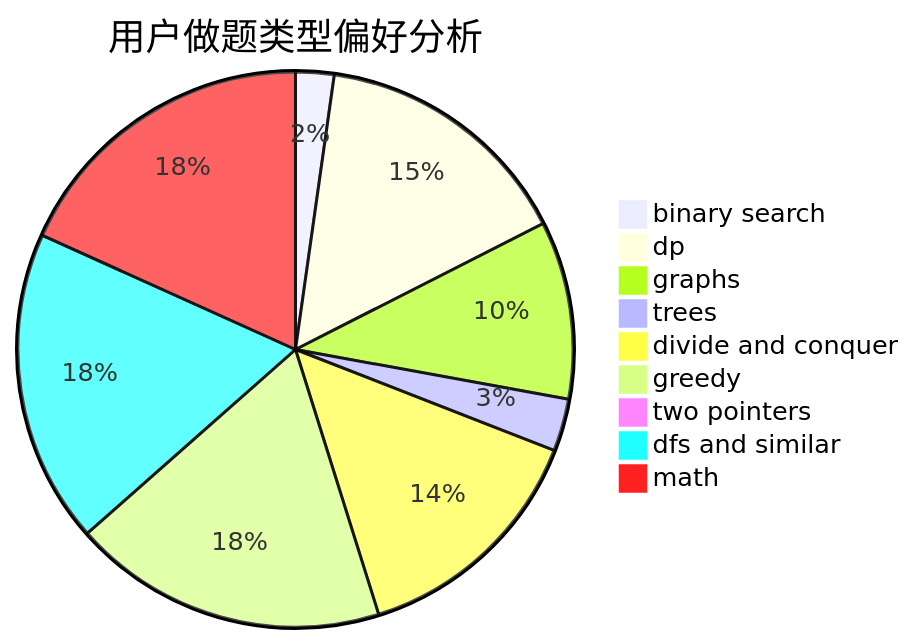
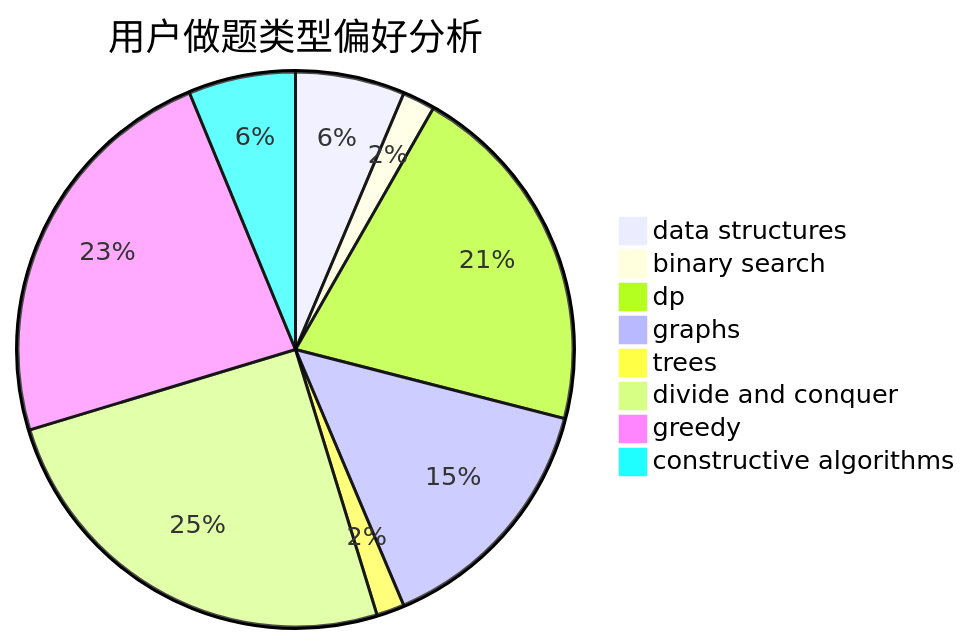
Before and after one commit to sherpahu/cfrs.github.io: the second of 3 diagrams in docs/user/u46.md, drawn with Mermaid. The commit also changed other lines of this file and 2775 other files, not shown here.

````diff
--- a/docs/user/u46.md
+++ b/docs/user/u46.md
@@ -23,12 +23,11 @@
 ```mermaid
 pie title 用户做题类型偏好分析
-    "binary search" :  30
-    "dp" :  205
-    "graphs" :  139
-    "trees" :  41
-    "divide and conquer" :  191
-    "greedy" :  246
-    "two pointers" :  6
-    "dfs and similar" :  245
-    "math" :  245
+    "data structures" :  47
+    "binary search" :  14
+    "dp" :  153
+    "graphs" :  108
+    "trees" :  12
+    "divide and conquer" :  185
+    "greedy" :  173
+    "constructive algorithms" :  46
 ```
````
